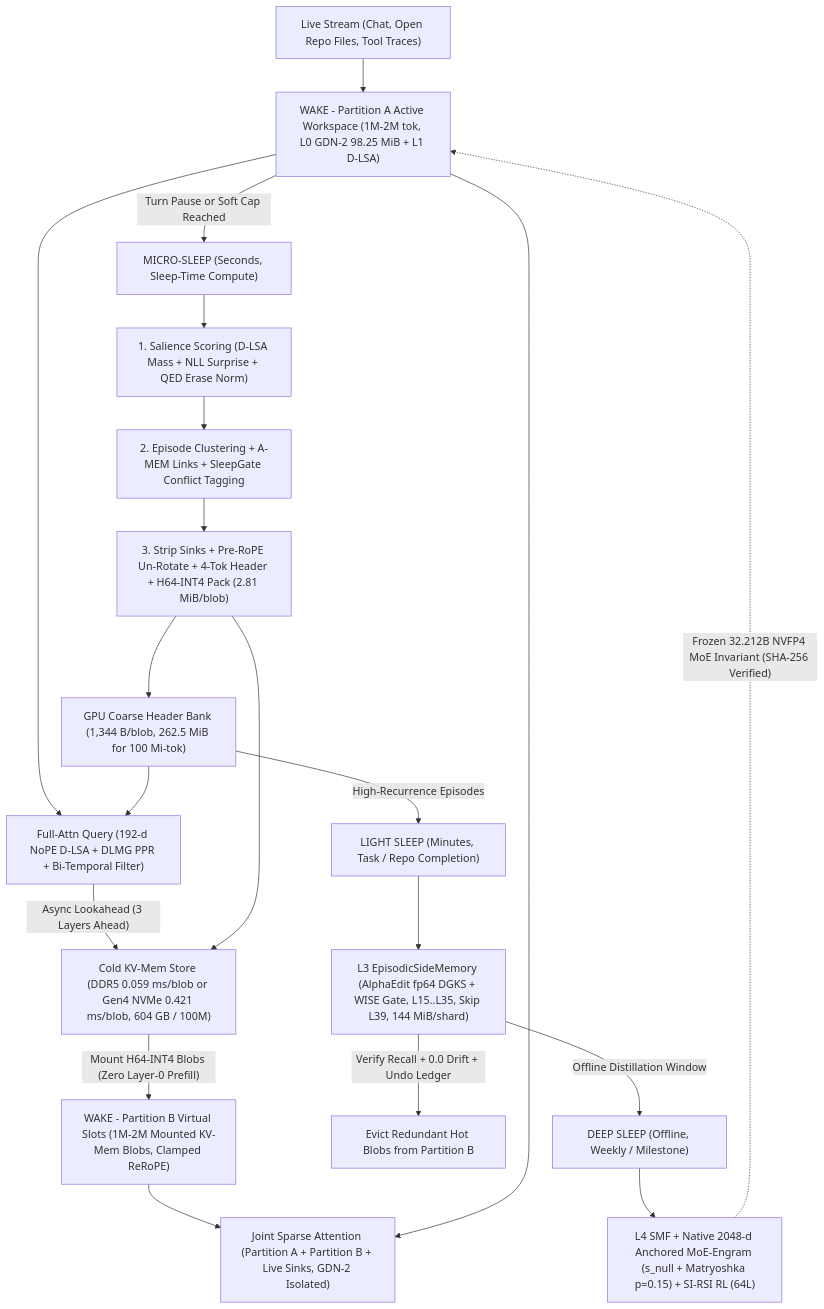
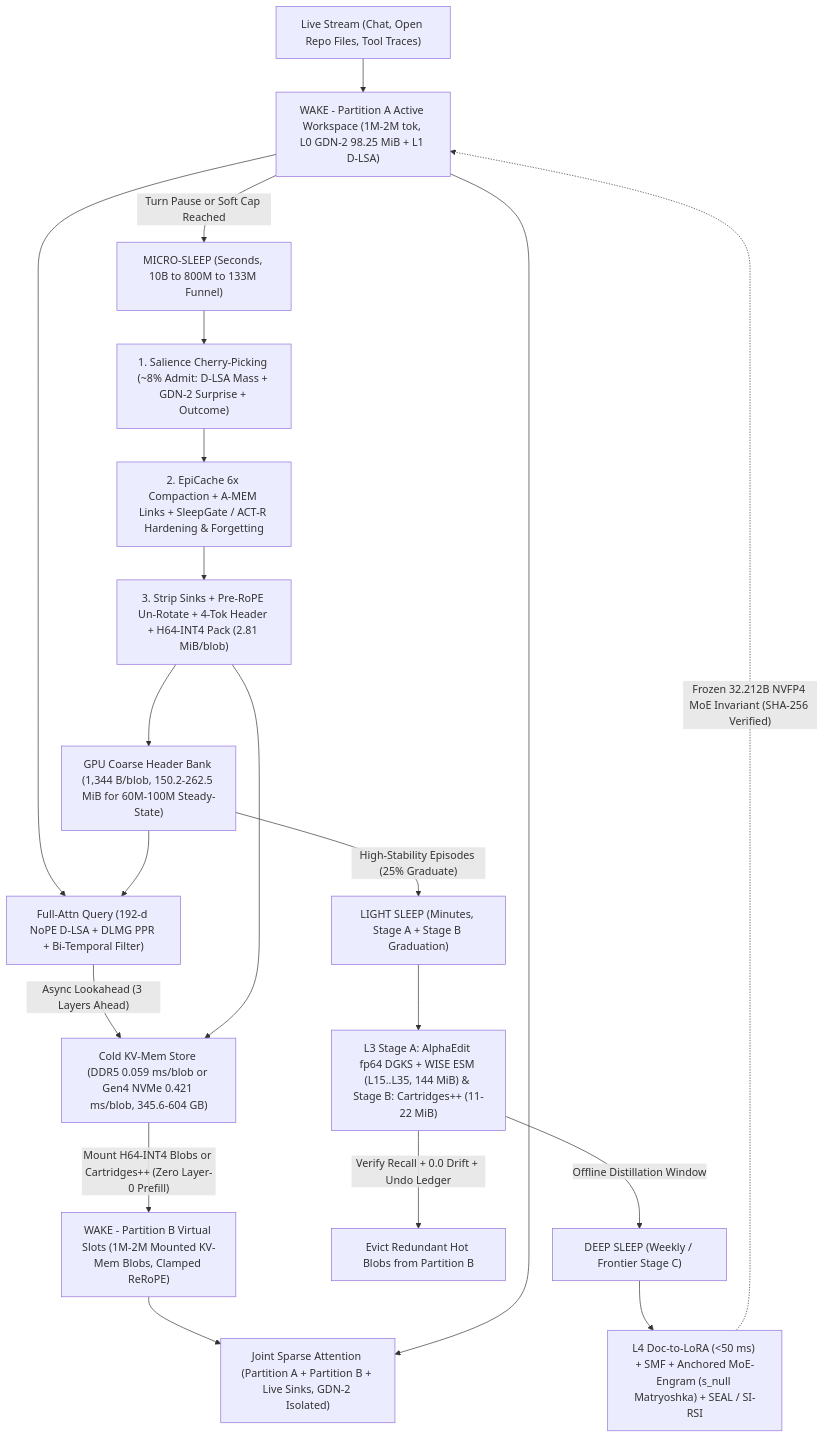
Before and after one commit to BaiTian6641/Qwen3.6-35B-A3B-Loop60: the diagram in docs/PROPOSAL_LSA_NESTED_LEARNING.md, drawn with Mermaid. The commit also changed other lines of this file and 3 other files, not shown here.

Commit message:
docs(proposal,grant,roadmap): publish v2.0 LSA-NL, dynamic compute/mid-flight drafting, 10B funnel, and consumer <=24GB profiles

````diff
--- a/docs/PROPOSAL_LSA_NESTED_LEARNING.md
+++ b/docs/PROPOSAL_LSA_NESTED_LEARNING.md
@@ -179,25 +207,25 @@
 ```mermaid
 flowchart TD
     USER["Live Stream (Chat, Open Repo Files, Tool Traces)"] --> PA["WAKE - Partition A Active Workspace (1M-2M tok, L0 GDN-2 98.25 MiB + L1 D-LSA)"]
     PA --> QRY["Full-Attn Query (192-d NoPE D-LSA + DLMG PPR + Bi-Temporal Filter)"]
-    HDR["GPU Coarse Header Bank (1,344 B/blob, 262.5 MiB for 100 Mi-tok)"] --> QRY
-    QRY -- "Async Lookahead (3 Layers Ahead)" --> TIER["Cold KV-Mem Store (DDR5 0.059 ms/blob or Gen4 NVMe 0.421 ms/blob, 604 GB / 100M)"]
-    TIER -- "Mount H64-INT4 Blobs (Zero Layer-0 Prefill)" --> PB["WAKE - Partition B Virtual Slots (1M-2M Mounted KV-Mem Blobs, Clamped ReRoPE)"]
+    HDR["GPU Coarse Header Bank (1,344 B/blob, 150.2-262.5 MiB for 60M-100M Steady-State)"] --> QRY
+    QRY -- "Async Lookahead (3 Layers Ahead)" --> TIER["Cold KV-Mem Store (DDR5 0.059 ms/blob or Gen4 NVMe 0.421 ms/blob, 345.6-604 GB)"]
+    TIER -- "Mount H64-INT4 Blobs or Cartridges++ (Zero Layer-0 Prefill)" --> PB["WAKE - Partition B Virtual Slots (1M-2M Mounted KV-Mem Blobs, Clamped ReRoPE)"]
     PB --> ATTN["Joint Sparse Attention (Partition A + Partition B + Live Sinks, GDN-2 Isolated)"]
     PA --> ATTN
 
-    PA -- "Turn Pause or Soft Cap Reached" --> MS["MICRO-SLEEP (Seconds, Sleep-Time Compute)"]
-    MS --> SAL["1. Salience Scoring (D-LSA Mass + NLL Surprise + QED Erase Norm)"]
-    SAL --> CLUS["2. Episode Clustering + A-MEM Links + SleepGate Conflict Tagging"]
+    PA -- "Turn Pause or Soft Cap Reached" --> MS["MICRO-SLEEP (Seconds, 10B to 800M to 133M Funnel)"]
+    MS --> SAL["1. Salience Cherry-Picking (~8% Admit: D-LSA Mass + GDN-2 Surprise + Outcome)"]
+    SAL --> CLUS["2. EpiCache 6x Compaction + A-MEM Links + SleepGate / ACT-R Hardening & Forgetting"]
     CLUS --> PACK["3. Strip Sinks + Pre-RoPE Un-Rotate + 4-Tok Header + H64-INT4 Pack (2.81 MiB/blob)"]
     PACK --> TIER
     PACK --> HDR
 
-    HDR -- "High-Recurrence Episodes" --> LS["LIGHT SLEEP (Minutes, Task / Repo Completion)"]
-    LS --> ESM["L3 EpisodicSideMemory (AlphaEdit fp64 DGKS + WISE Gate, L15..L35, Skip L39, 144 MiB/shard)"]
+    HDR -- "High-Stability Episodes (25% Graduate)" --> LS["LIGHT SLEEP (Minutes, Stage A + Stage B Graduation)"]
+    LS --> ESM["L3 Stage A: AlphaEdit fp64 DGKS + WISE ESM (L15..L35, 144 MiB) & Stage B: Cartridges++ (11-22 MiB)"]
     ESM -- "Verify Recall + 0.0 Drift + Undo Ledger" --> EVICT["Evict Redundant Hot Blobs from Partition B"]
 
-    ESM -- "Offline Distillation Window" --> DS["DEEP SLEEP (Offline, Weekly / Milestone)"]
-    DS --> ENG["L4 SMF + Native 2048-d Anchored MoE-Engram (s_null + Matryoshka p=0.15) + SI-RSI RL (64L)"]
+    ESM -- "Offline Distillation Window" --> DS["DEEP SLEEP (Weekly / Frontier Stage C)"]
+    DS --> ENG["L4 Doc-to-LoRA (<50 ms) + SMF + Anchored MoE-Engram (s_null Matryoshka) + SEAL / SI-RSI"]
     ENG -. "Frozen 32.212B NVFP4 MoE Invariant (SHA-256 Verified)" .-> PA
 ```
````
